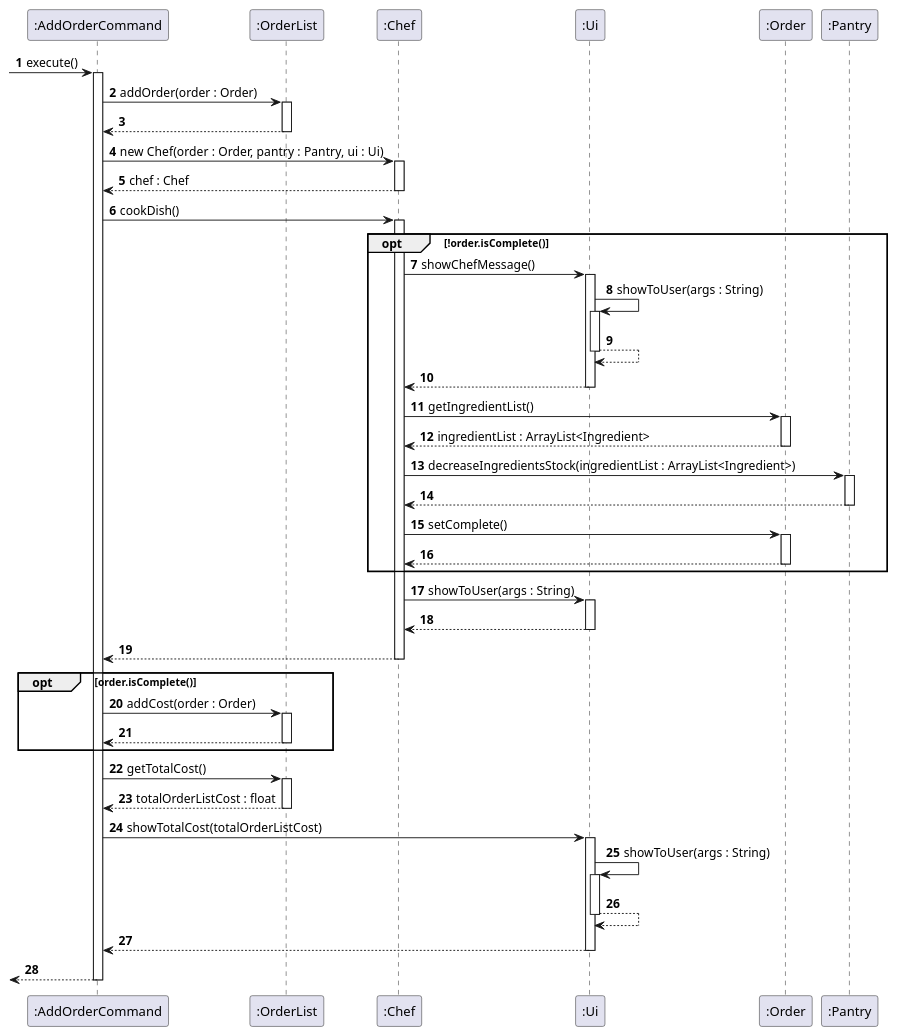
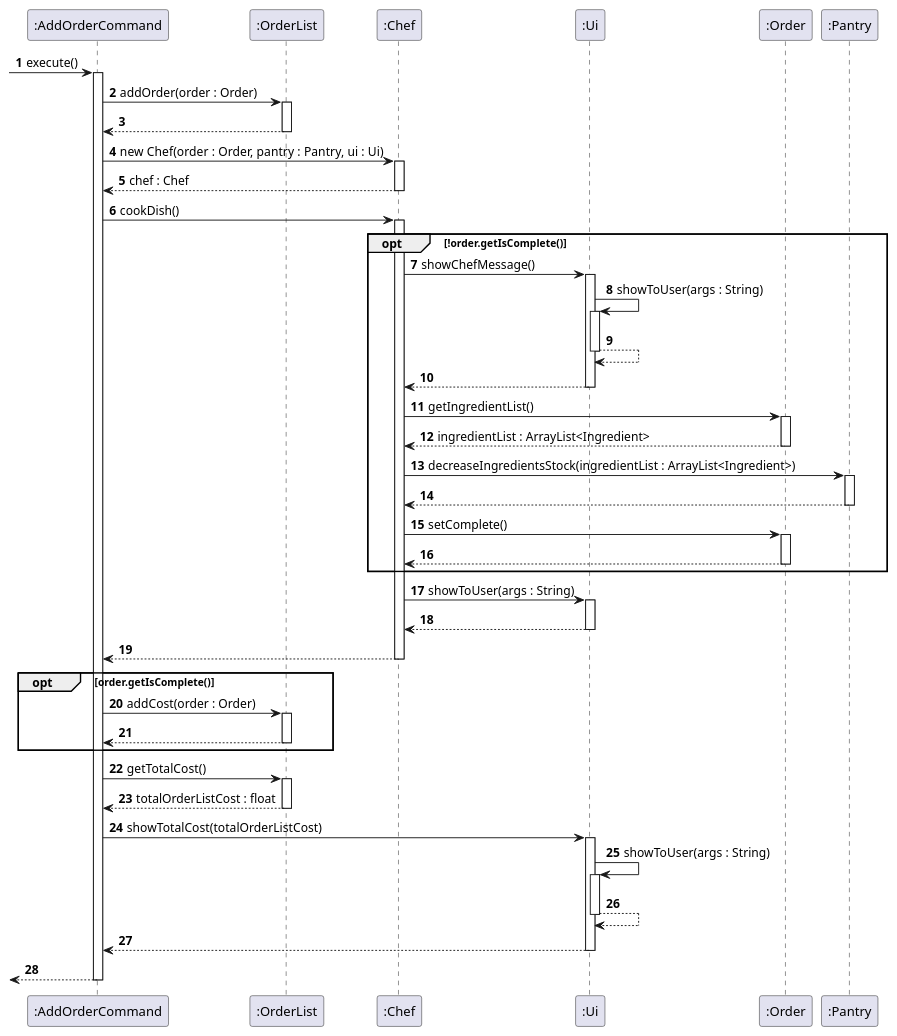
Before and after one commit to nus-cs2113-AY2324S1/tp: the diagram in docs/diagrams/sequence/AddOrderCommand_execute.puml, drawn with PlantUML. The commit also changed 2 other files, not shown here.

Commit message:
Update DG for AddOrderCommand

```diff
--- a/docs/diagrams/sequence/AddOrderCommand_execute.puml
+++ b/docs/diagrams/sequence/AddOrderCommand_execute.puml
@@ -1,52 +1,52 @@
 @startuml
 'https://plantuml.com/sequence-diagram
 
 autonumber
 
 -> ":AddOrderCommand" : execute()
     activate ":AddOrderCommand"
     ":AddOrderCommand" -> ":OrderList" : addOrder(order : Order)
         activate ":OrderList"
         return
     ":AddOrderCommand" -> ":Chef" : new Chef(order : Order, pantry : Pantry, ui : Ui)
         activate ":Chef"
         return chef : Chef
     ":AddOrderCommand" -> ":Chef" : cookDish()
         activate ":Chef"
-        opt !order.isComplete()
+        opt !order.getIsComplete()
             ":Chef" -> ":Ui" : showChefMessage()
                 activate ":Ui"
                 ":Ui" -> ":Ui" : showToUser(args : String)
                     activate ":Ui"
                 return
             return
             ":Chef" -> ":Order" : getIngredientList()
                 activate ":Order"
             return ingredientList : ArrayList<Ingredient>
             ":Chef" -> ":Pantry" : decreaseIngredientsStock(ingredientList : ArrayList<Ingredient>)
                 activate ":Pantry"
             return
             ":Chef" -> ":Order" : setComplete()
                 activate ":Order"
             return
         end
         ":Chef" -> ":Ui" : showToUser(args : String)
             activate ":Ui"
             return
         return
-    opt order.isComplete()
+    opt order.getIsComplete()
         ":AddOrderCommand" -> ":OrderList" : addCost(order : Order)
         activate ":OrderList"
         return
     end
     ":AddOrderCommand" -> ":OrderList" : getTotalCost()
         activate ":OrderList"
         return totalOrderListCost : float
     ":AddOrderCommand" -> ":Ui" : showTotalCost(totalOrderListCost)
         activate ":Ui"
         ":Ui" -> ":Ui" : showToUser(args : String)
             activate ":Ui"
         return
     return
 return
 @enduml
```
